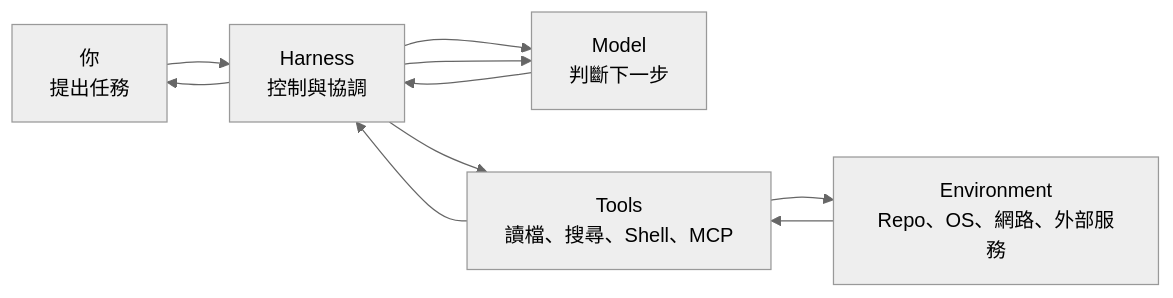
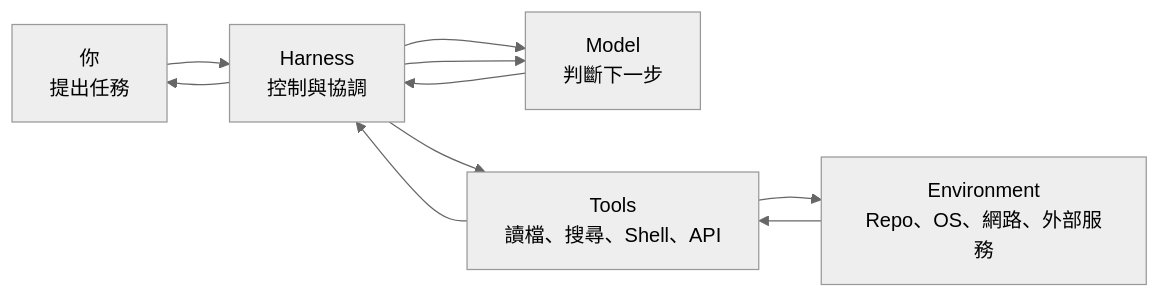
Before and after one commit to indigofeather/harness-book: the first of 6 diagrams in docs/learning-map.md, drawn with Mermaid (neutral theme). The commit also changed other lines of this file, not shown here.

````diff
--- a/docs/learning-map.md
+++ b/docs/learning-map.md
@@ -22,12 +24,12 @@
 ```mermaid
 flowchart LR
   U[你\n提出任務] --> H[Harness\n控制與協調]
   H --> M[Model\n判斷下一步]
   M --> H
-  H --> T[Tools\n讀檔、搜尋、Shell、MCP]
+  H --> T[Tools\n讀檔、搜尋、Shell、API]
   T --> E[Environment\nRepo、OS、網路、外部服務]
   E --> T
   T --> H
   H --> M
   H --> U
 ```
````
